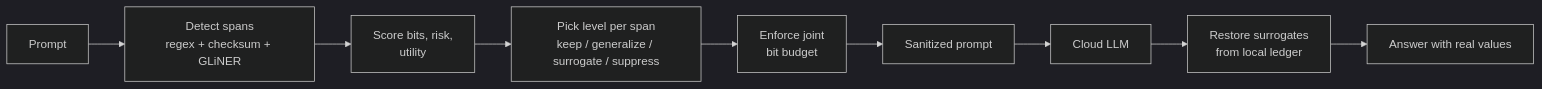
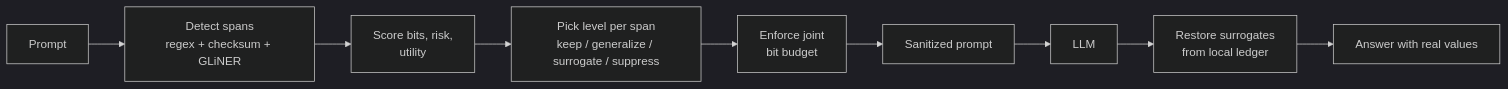
Before and after one commit to Ajinkya8472/RAPT: the diagram in README.md, drawn with Mermaid (dark theme). The commit also changed other lines of this file, not shown here.

````diff
--- a/README.md
+++ b/README.md
@@ -23,11 +24,11 @@
 ```mermaid
 flowchart LR
     A[Prompt] --> B[Detect spans<br/>regex + checksum + GLiNER]
     B --> C[Score bits, risk,<br/>utility]
     C --> D[Pick level per span<br/>keep / generalize / surrogate / suppress]
     D --> E[Enforce joint<br/>bit budget]
     E --> F[Sanitized prompt]
-    F --> G[Cloud LLM]
+    F --> G[LLM]
     G --> H[Restore surrogates<br/>from local ledger]
     H --> I[Answer with real values]
 ```
````
